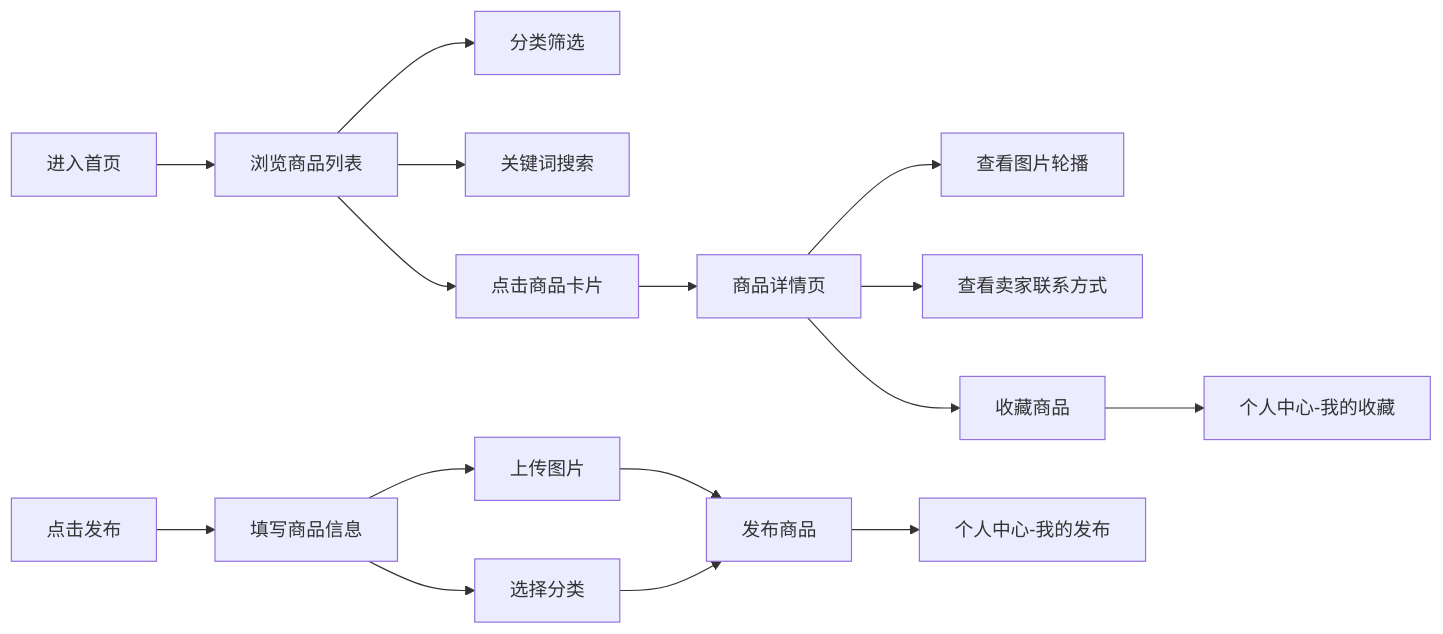
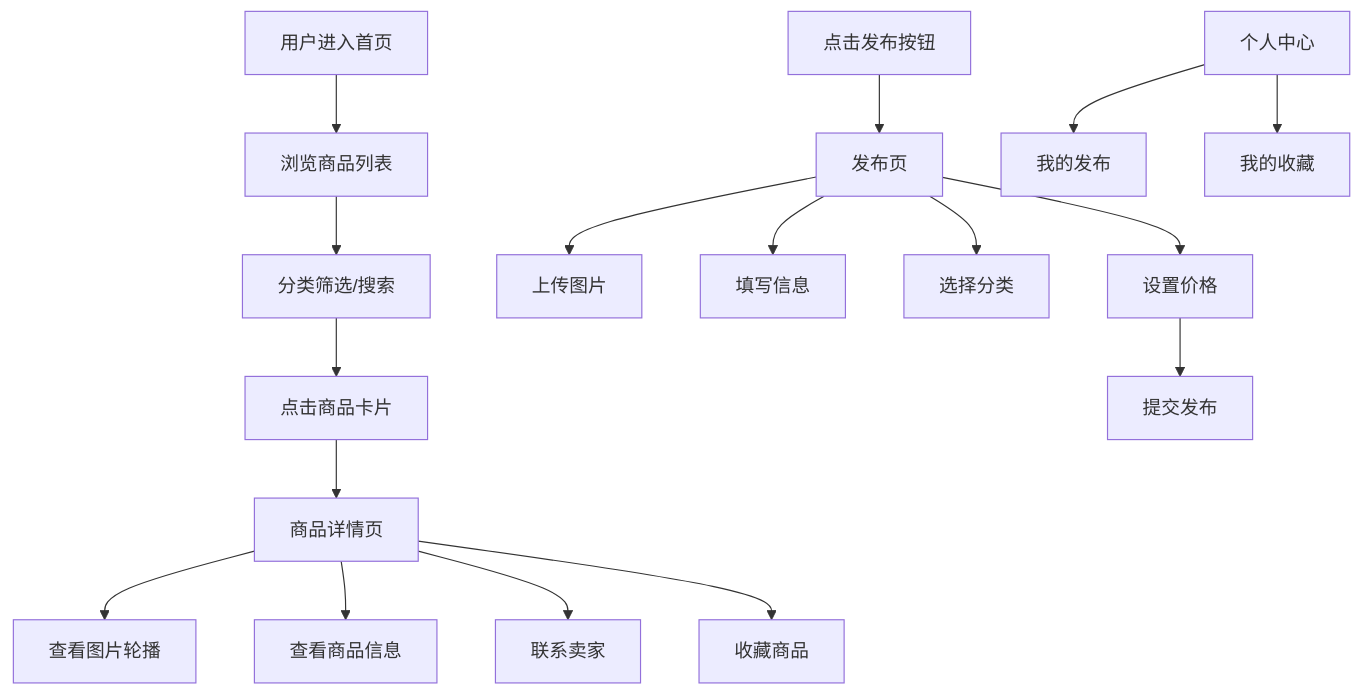
One commit to qq276948241/campus-secondhand-market-6714 changed the diagram in .trae/documents/prd.md. Above: the diagram before and after it, drawn with Mermaid. The commit also changed other lines of this file and 42 other files, not shown here.

````diff
--- a/.trae/documents/prd.md
+++ b/.trae/documents/prd.md
@@ -42,18 +50,19 @@
 ```mermaid
-flowchart LR
-  A["进入首页"] --> B["浏览商品列表"]
-  B --> C["分类筛选"]
-  B --> D["关键词搜索"]
-  B --> E["点击商品卡片"]
-  E --> F["商品详情页"]
-  F --> G["查看图片轮播"]
-  F --> H["查看卖家联系方式"]
-  F --> I["收藏商品"]
-  J["点击发布"] --> K["填写商品信息"]
-  K --> L["上传图片"]
-  K --> M["选择分类"]
-  L --> N["发布商品"]
-  M --> N
-  N --> O["个人中心-我的发布"]
-  I --> P["个人中心-我的收藏"]
+graph TD
+    A["用户进入首页"] --> B["浏览商品列表"]
+    B --> C["分类筛选/搜索"]
+    C --> D["点击商品卡片"]
+    D --> E["商品详情页"]
+    E --> F["查看图片轮播"]
+    E --> G["查看商品信息"]
+    E --> H["联系卖家"]
+    E --> I["收藏商品"]
+    J["点击发布按钮"] --> K["发布页"]
+    K --> L["上传图片"]
+    K --> M["填写信息"]
+    K --> N["选择分类"]
+    K --> O["设置价格"]
+    O --> P["提交发布"]
+    Q["个人中心"] --> R["我的发布"]
+    Q --> S["我的收藏"]
 ```
````
